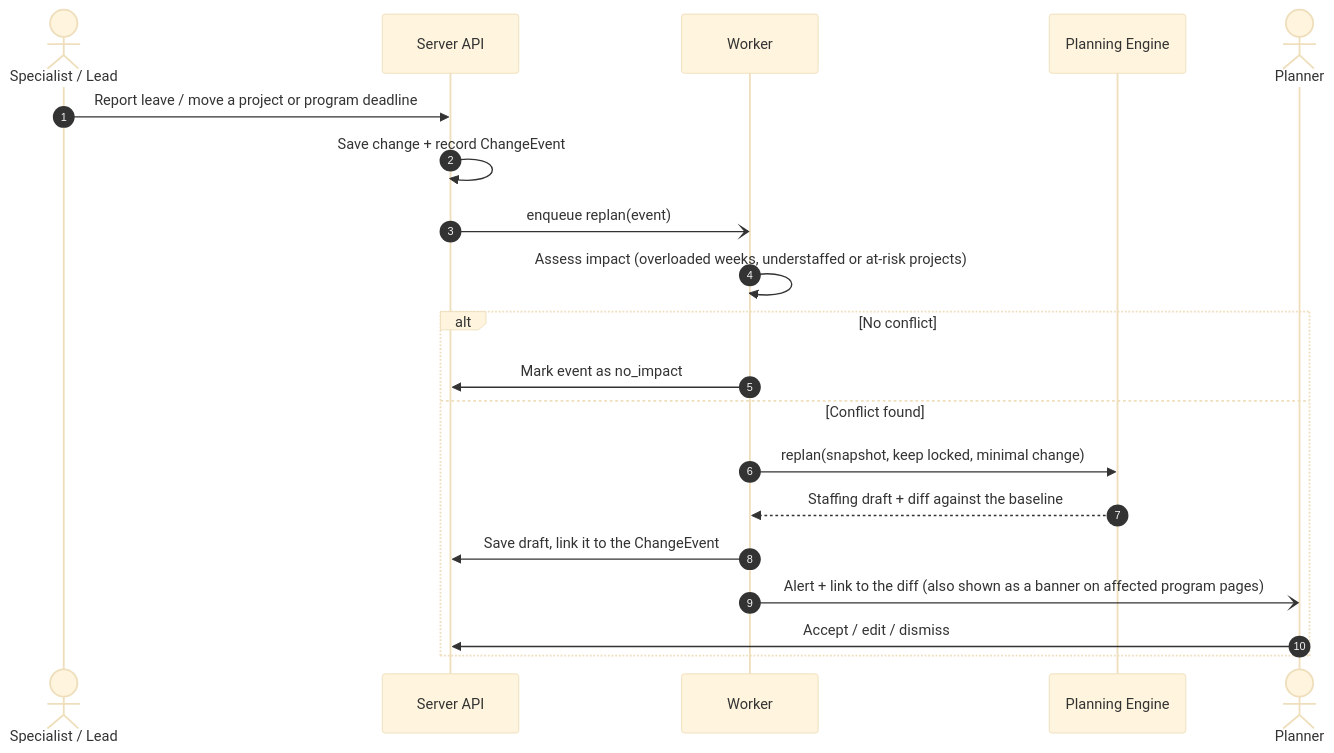
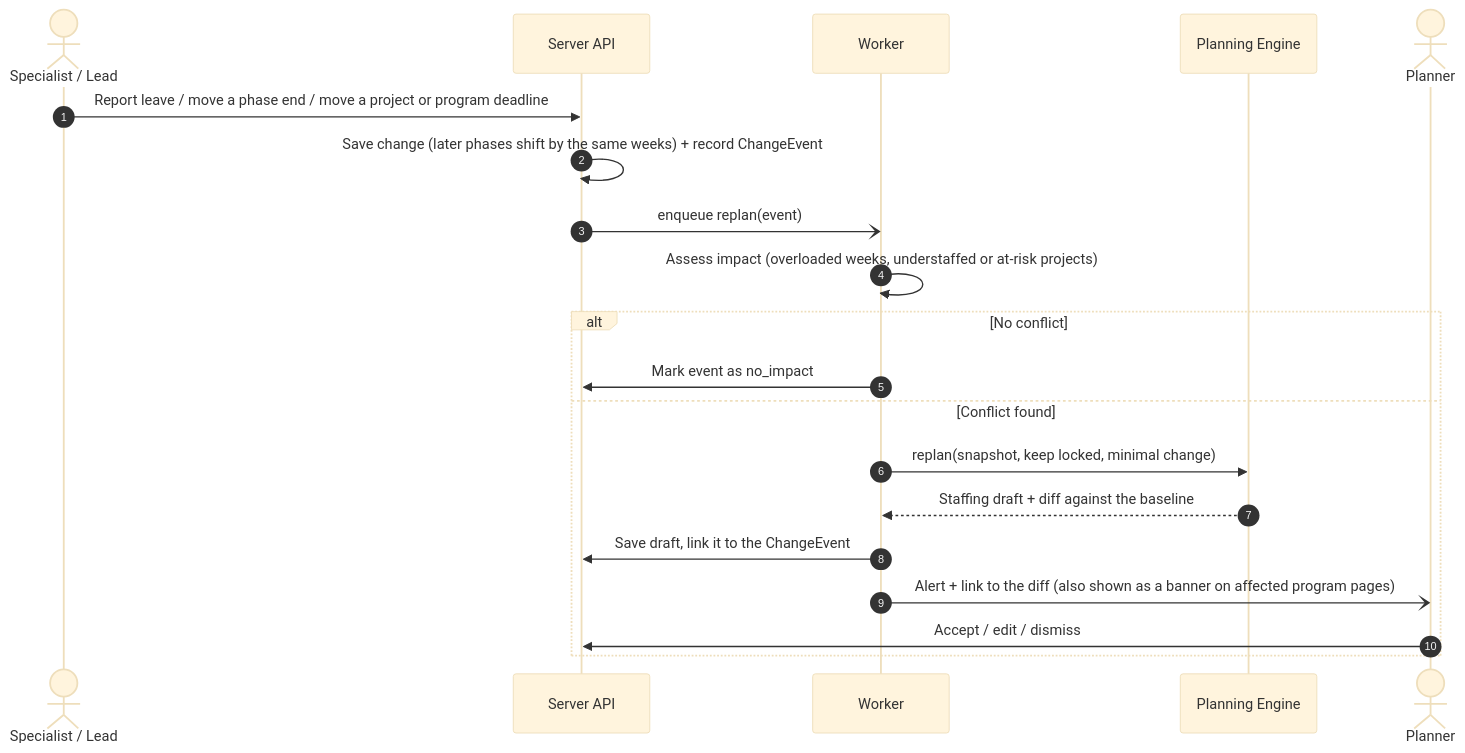
Before and after one commit to dophnamm/the-slot-finder: the seventh of 8 diagrams in README.md, drawn with Mermaid (base theme). The commit also changed other lines of this file and 4 other files, not shown here.

First line of the commit message:
docs: model cross-expertise dependencies with project phases

````diff
--- a/README.md
+++ b/README.md
@@ -415,23 +437,23 @@
 ```mermaid
 sequenceDiagram
   autonumber
   actor S as Specialist / Lead
   participant API as Server API
   participant W as Worker
   participant ENG as Planning Engine
   actor P as Planner
 
-  S->>API: Report leave / move a project or program deadline
-  API->>API: Save change + record ChangeEvent
+  S->>API: Report leave / move a phase end / move a project or program deadline
+  API->>API: Save change (later phases shift by the same weeks) + record ChangeEvent
   API-)W: enqueue replan(event)
   W->>W: Assess impact (overloaded weeks, understaffed or at-risk projects)
   alt No conflict
     W->>API: Mark event as no_impact
   else Conflict found
     W->>ENG: replan(snapshot, keep locked, minimal change)
     ENG-->>W: Staffing draft + diff against the baseline
     W->>API: Save draft, link it to the ChangeEvent
     W-)P: Alert + link to the diff (also shown as a banner on affected program pages)
     P->>API: Accept / edit / dismiss
   end
 ```
````
